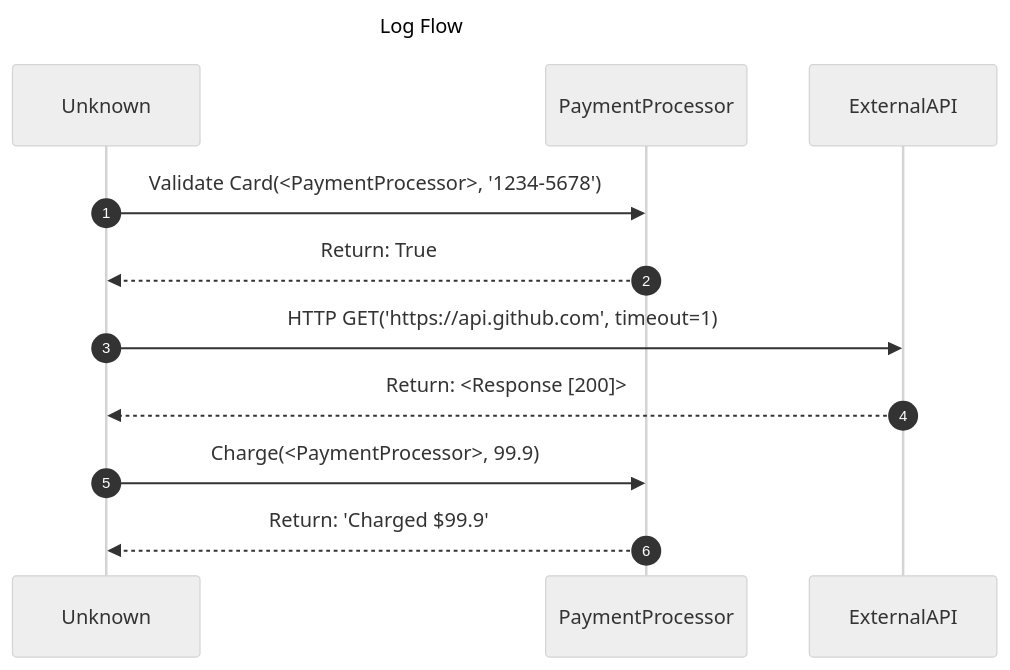
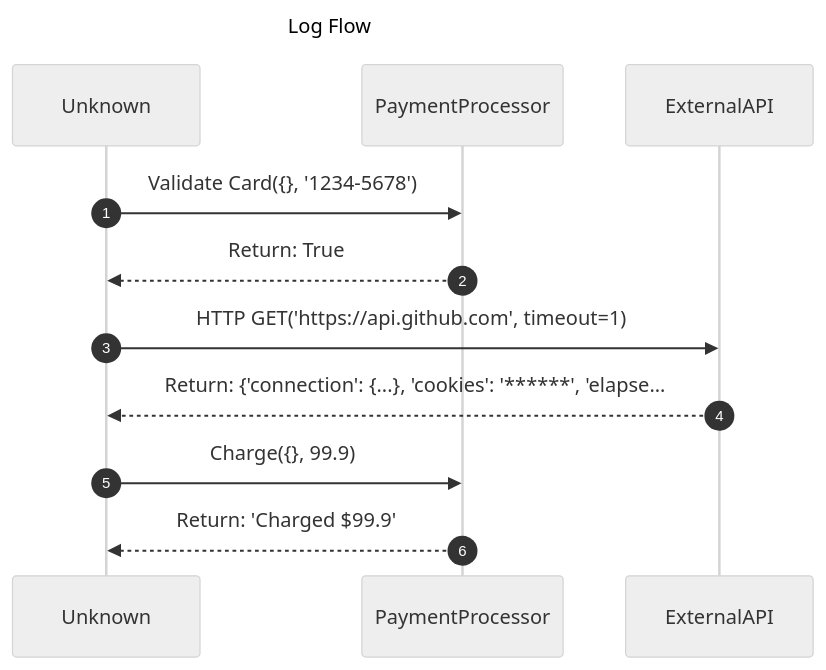
One commit to xt765/mermaid-trace changed the diagram in mermaid_diagrams/examples/instrumentation_demo.mmd. Above: the diagram before and after it, drawn with Mermaid (neutral theme). The commit also changed 27 other files, not shown here.

```diff
--- a/mermaid_diagrams/examples/instrumentation_demo.mmd
+++ b/mermaid_diagrams/examples/instrumentation_demo.mmd
@@ -1,10 +1,10 @@
 sequenceDiagram
     title Log Flow
     autonumber
 
-Unknown->>PaymentProcessor: Validate Card(<PaymentProcessor>, '1234-5678')
+Unknown->>PaymentProcessor: Validate Card({}, '1234-5678')
 PaymentProcessor-->>Unknown: Return: True
 Unknown->>ExternalAPI: HTTP GET('https://api.github.com', timeout=1)
-ExternalAPI-->>Unknown: Return: <Response [200]>
-Unknown->>PaymentProcessor: Charge(<PaymentProcessor>, 99.9)
+ExternalAPI-->>Unknown: Return: {'connection': {...}, 'cookies': '******', 'elapse...
+Unknown->>PaymentProcessor: Charge({}, 99.9)
 PaymentProcessor-->>Unknown: Return: 'Charged $99.9'
```
